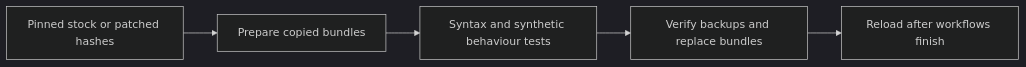
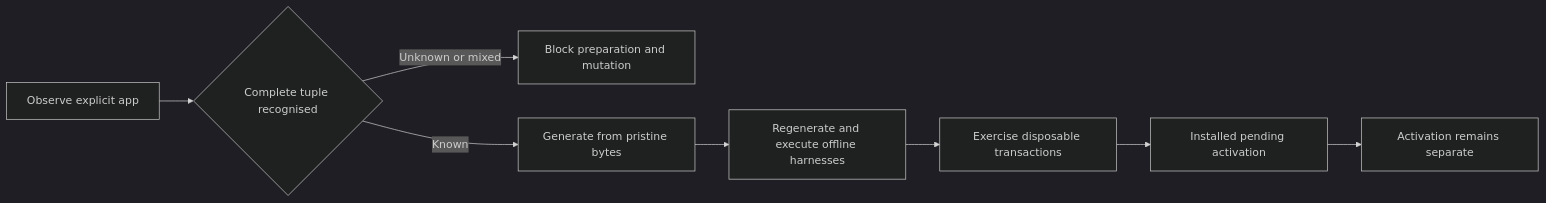
One commit to connorads/dotfiles changed the diagram in src/bb-plugins/workflows-patch/README.md. Above: the diagram before and after it, drawn with Mermaid (dark theme). The commit also changed other lines of this file and 5 other files, not shown here.

````diff
--- a/src/bb-plugins/workflows-patch/README.md
+++ b/src/bb-plugins/workflows-patch/README.md
@@ -12,7 +18,10 @@
 ```mermaid
 flowchart LR
-  Check[Pinned stock or patched hashes] --> Prepare[Prepare copied bundles]
-  Prepare --> Verify[Syntax and synthetic behaviour tests]
-  Verify --> Apply[Verify backups and replace bundles]
-  Apply --> Reload[Reload after workflows finish]
+  Observe[Observe explicit app] --> Classify{Complete tuple recognised}
+  Classify -->|Unknown or mixed| Block[Block preparation and mutation]
+  Classify -->|Known| Prepare[Generate from pristine bytes]
+  Prepare --> Verify[Regenerate and execute offline harnesses]
+  Verify --> Copy[Exercise disposable transactions]
+  Copy --> Disk[Installed pending activation]
+  Disk --> Separate[Activation remains separate]
 ```
````
